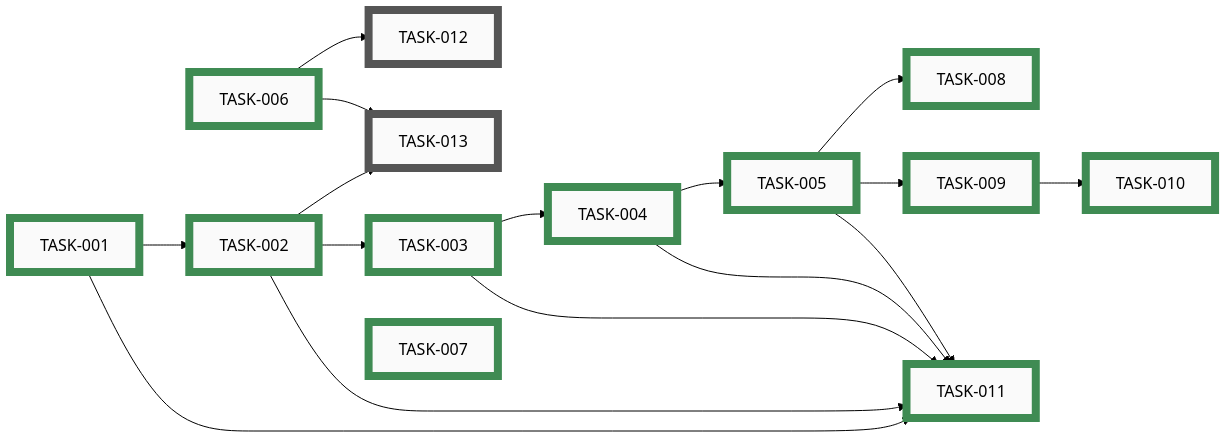
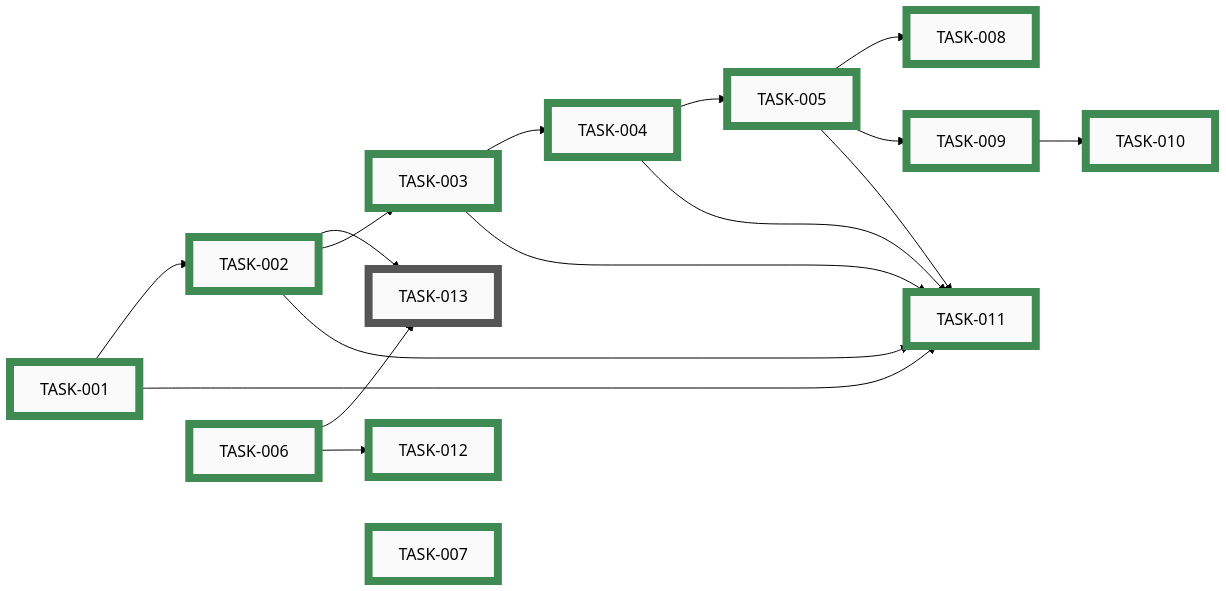
The diagram in docs/developers/tasks/EPICS.md (tgd1975/PartsLedger), drawn with Mermaid (forest theme) before and after one commit. The commit also changed other lines of this file and 6 other files, not shown here.

First line of the commit message:
close TASK-012: Port /epic-run skill and AUTONOMY.md

````diff
--- a/docs/developers/tasks/EPICS.md
+++ b/docs/developers/tasks/EPICS.md
@@ -21,53 +21,53 @@
 ```mermaid
 graph LR
-    TASK_012["TASK-012"]:::open
     TASK_013["TASK-013"]:::open
     TASK_001["TASK-001"]:::closed
     TASK_002["TASK-002"]:::closed
     TASK_003["TASK-003"]:::closed
     TASK_004["TASK-004"]:::closed
     TASK_005["TASK-005"]:::closed
     TASK_006["TASK-006"]:::closed
     TASK_007["TASK-007"]:::closed
     TASK_008["TASK-008"]:::closed
     TASK_009["TASK-009"]:::closed
     TASK_010["TASK-010"]:::closed
     TASK_011["TASK-011"]:::closed
-    TASK_006 --> TASK_012
+    TASK_012["TASK-012"]:::closed
     TASK_002 --> TASK_013
     TASK_006 --> TASK_013
     TASK_001 --> TASK_002
     TASK_002 --> TASK_003
     TASK_003 --> TASK_004
     TASK_004 --> TASK_005
     TASK_005 --> TASK_008
     TASK_005 --> TASK_009
     TASK_009 --> TASK_010
     TASK_001 --> TASK_011
     TASK_002 --> TASK_011
     TASK_003 --> TASK_011
     TASK_004 --> TASK_011
     TASK_005 --> TASK_011
+    TASK_006 --> TASK_012
     TASK_001 ~~~ TASK_006 ~~~ TASK_007
-    click TASK_012 "open/task-012-epic-run-and-autonomy.md"
     click TASK_013 "open/task-013-apply-branch-protection.md"
     click TASK_001 "closed/task-001-delete-sync-layer.md"
     click TASK_002 "closed/task-002-python-skeleton.md"
     click TASK_003 "closed/task-003-replace-pre-commit.md"
     click TASK_004 "closed/task-004-upgrade-commit-skill.md"
     click TASK_005 "closed/task-005-settings-json.md"
     click TASK_006 "closed/task-006-docs-verbatim-port.md"
     click TASK_007 "closed/task-007-architecture-doc.md"
     click TASK_008 "closed/task-008-security-review-hooks.md"
     click TASK_009 "closed/task-009-codeowner-mechanism.md"
     click TASK_010 "closed/task-010-codeowner-starter-skills.md"
     click TASK_011 "closed/task-011-claude-md-rewrite.md"
+    click TASK_012 "closed/task-012-epic-run-and-autonomy.md"
     classDef open    fill:#FAFAFA,stroke:#555,stroke-width:8px,color:#000
     classDef active  fill:#FAFAFA,stroke:#1A6FA8,stroke-width:8px,color:#000
     classDef closed  fill:#FAFAFA,stroke:#3F8B53,stroke-width:8px,color:#000
     classDef paused  fill:#FAFAFA,stroke:#B07810,stroke-width:8px,color:#000
     classDef openExt    fill:#000,stroke:#888,stroke-width:8px,color:#FFF
     classDef activeExt  fill:#000,stroke:#3FA9F5,stroke-width:8px,color:#FFF
     classDef closedExt  fill:#000,stroke:#7CC68A,stroke-width:8px,color:#FFF
     classDef pausedExt  fill:#000,stroke:#F0B030,stroke-width:8px,color:#FFF
 ```
````
